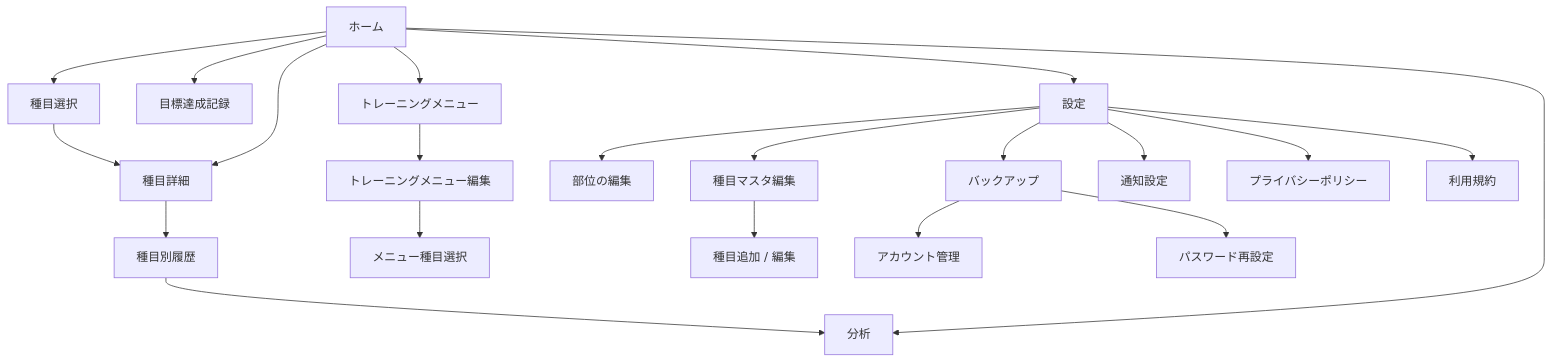
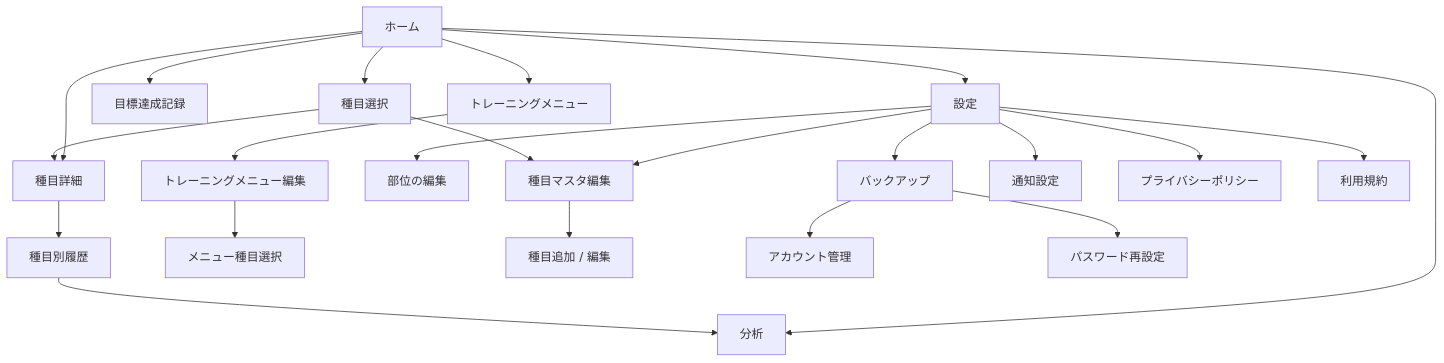
Before and after one commit to ohgiwk/FitLog: the fourth of 4 diagrams in docs/specification.md, drawn with Mermaid. The commit also changed other lines of this file and 23 other files, not shown here.

````diff
--- a/docs/specification.md
+++ b/docs/specification.md
@@ -670,43 +670,44 @@
 ```mermaid
 flowchart TD
   home["ホーム"]
   select["種目選択"]
   detail["種目詳細"]
   history["種目別履歴"]
   achievements["目標達成記録"]
   menu["トレーニングメニュー"]
   presetEdit["トレーニングメニュー編集"]
   presetSelect["メニュー種目選択"]
   analysis["分析"]
   settings["設定"]
   partEdit["部位の編集"]
   exerciseManage["種目マスタ編集"]
   exerciseEdit["種目追加 / 編集"]
   backup["バックアップ"]
   account["アカウント管理"]
   forgot["パスワード再設定"]
   notification["通知設定"]
   privacy["プライバシーポリシー"]
   terms["利用規約"]
 
   home --> select
+  select --> exerciseManage
   select --> detail
   home --> detail
   detail --> history
   history --> analysis
   home --> achievements
   home --> menu
   menu --> presetEdit
   presetEdit --> presetSelect
   home --> analysis
   home --> settings
   settings --> partEdit
   settings --> exerciseManage
   exerciseManage --> exerciseEdit
   settings --> backup
   backup --> account
   backup --> forgot
   settings --> notification
   settings --> privacy
   settings --> terms
 ```
````
